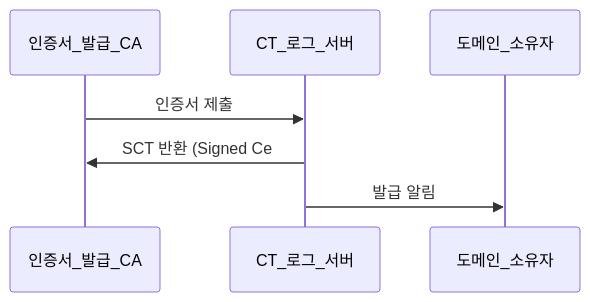
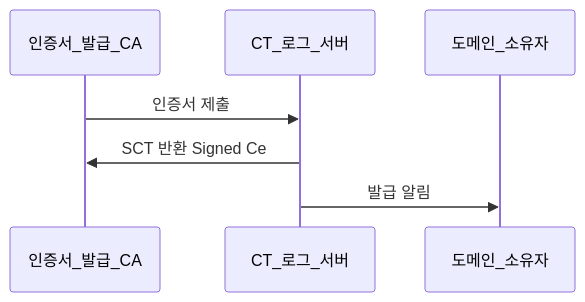
Before and after one commit to yjkim2015/yjkim2015.github.io: the sixth of 7 diagrams in _posts/network/2026-05-03-https-tls.md, drawn with Mermaid. The commit also changed other lines of this file and 85 other files, not shown here.

First line of the commit message:
sequenceDiagram 문법 에러 2차 수정 169개 (86파일)

````diff
--- a/_posts/network/2026-05-03-https-tls.md
+++ b/_posts/network/2026-05-03-https-tls.md
@@ -218,6 +218,6 @@
 ```mermaid
 sequenceDiagram
     인증서_발급_CA->>CT_로그_서버: 인증서 제출
-    CT_로그_서버->>인증서_발급_CA: SCT 반환 (Signed Ce
+    CT_로그_서버->>인증서_발급_CA: SCT 반환 Signed Ce
     CT_로그_서버->>도메인_소유자: 발급 알림
 ```
````
